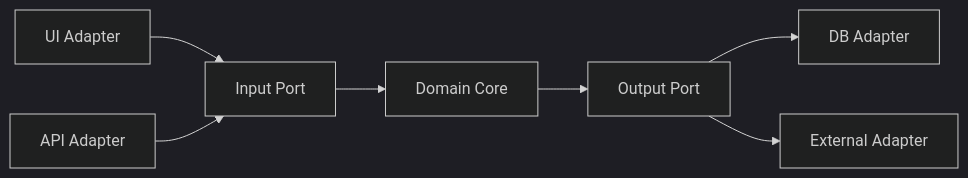
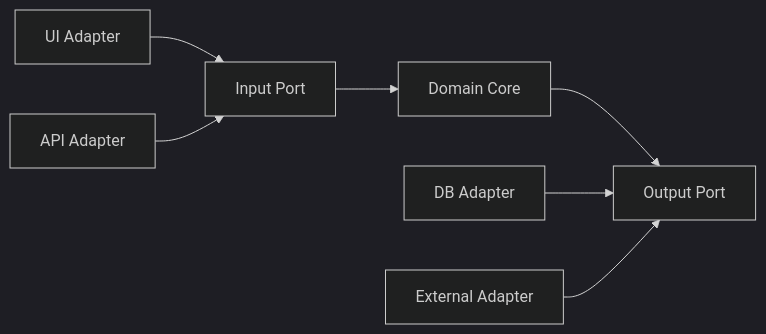
The diagram in Patterns/implementation/hexagonal-architecture/_index.md (kholcomb/Architecture), drawn with Mermaid (dark theme) before and after one commit. The commit also changed 11 other files, not shown here.

Commit message:
diagram fixes

````diff
--- a/Patterns/implementation/hexagonal-architecture/_index.md
+++ b/Patterns/implementation/hexagonal-architecture/_index.md
@@ -12,9 +12,9 @@
 ```mermaid
 graph LR
     UI[UI Adapter] --> Port1[Input Port]
     API[API Adapter] --> Port1
     Port1 --> Core[Domain Core]
     Core --> Port2[Output Port]
-    Port2 --> DB[DB Adapter]
-    Port2 --> Ext[External Adapter]
+    DB[DB Adapter] --> Port2
+    Ext[External Adapter] --> Port2
 ```
````
